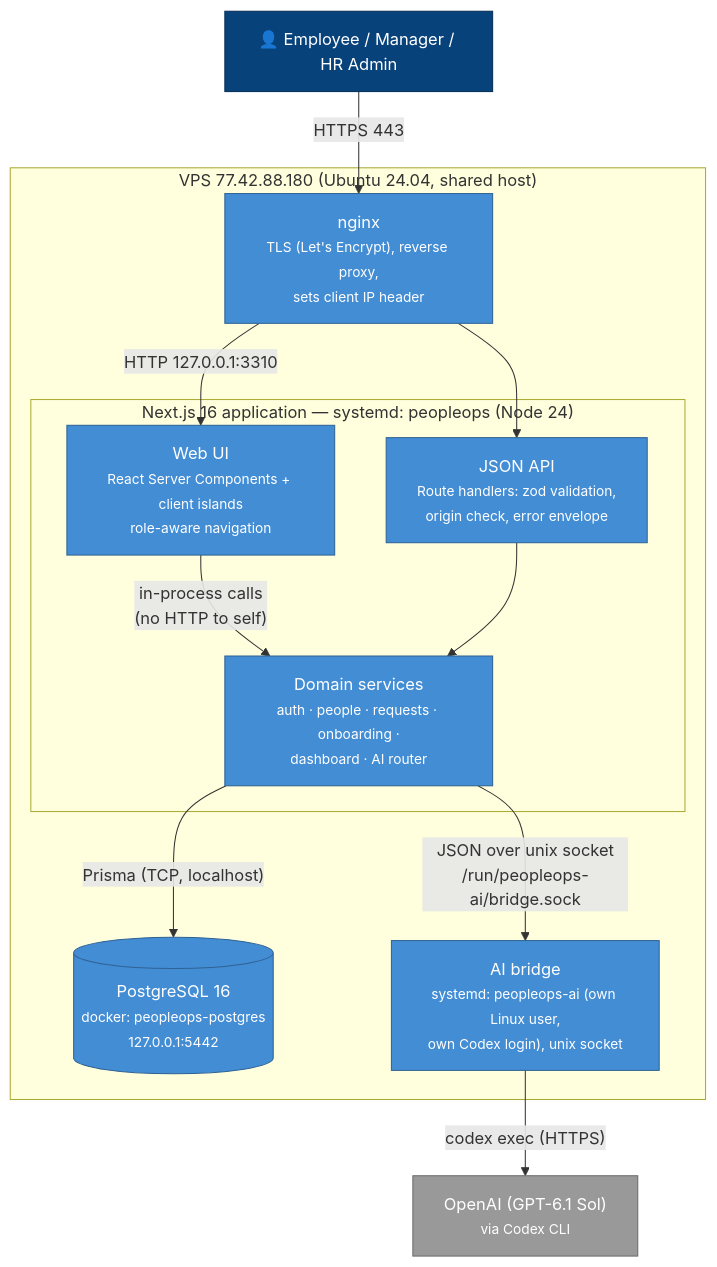
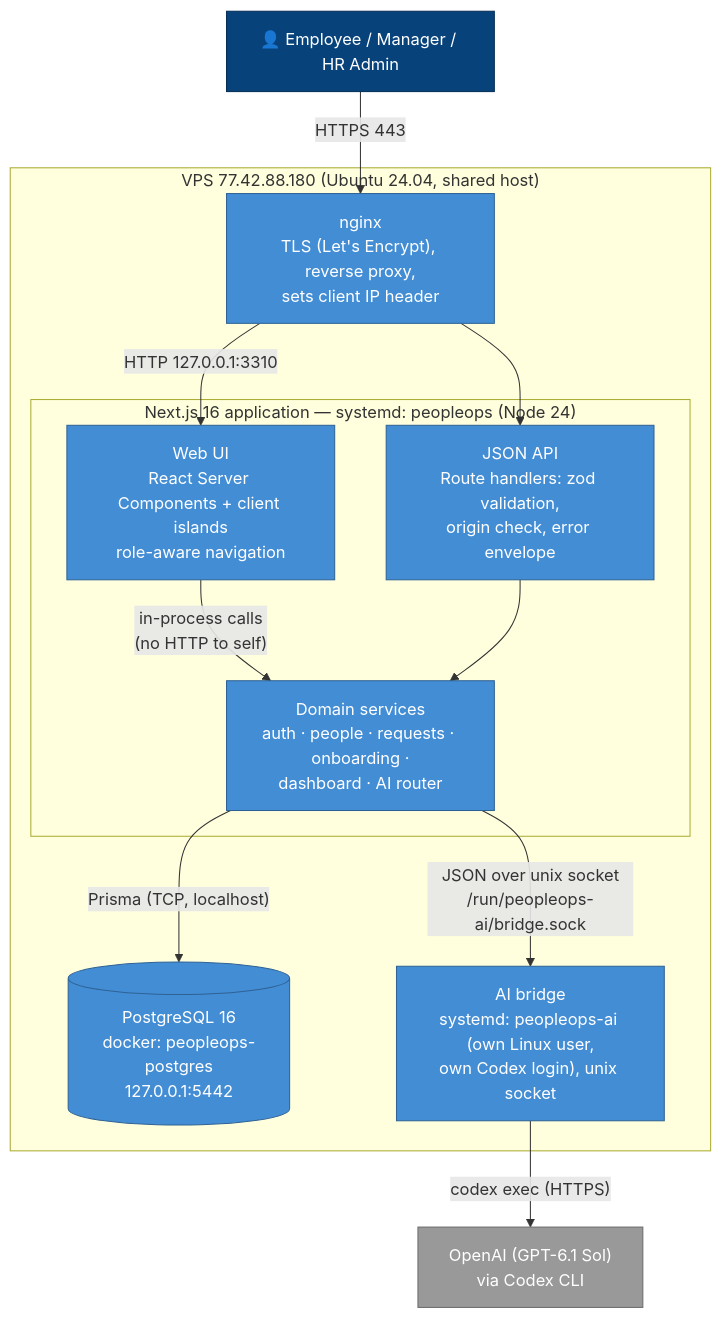
The second of 9 diagrams in ARCHITECTURE.md (randev0/nv-people-operations), drawn with Mermaid before and after one commit. The commit also changed other lines of this file, not shown here.

First line of the commit message:
ARCHITECTURE: drop <small> from Mermaid labels (GitHub sized nodes for small text and clipped the full-size labels)

````diff
--- a/ARCHITECTURE.md
+++ b/ARCHITECTURE.md
@@ -89,30 +89,30 @@
 ```mermaid
 flowchart TB
   classDef person fill:#08427b,stroke:#052e56,color:#fff
   classDef container fill:#438dd5,stroke:#2e6295,color:#fff
   classDef db fill:#438dd5,stroke:#2e6295,color:#fff
   classDef ext fill:#999,stroke:#6b6b6b,color:#fff
 
   user["👤 Employee / Manager / HR Admin"]:::person
 
   subgraph vps["VPS 77.42.88.180 (Ubuntu 24.04, shared host)"]
-    nginx["nginx<br/><small>TLS (Let's Encrypt), reverse proxy,<br/>sets client IP header</small>"]:::container
+    nginx["nginx<br/>TLS (Let's Encrypt), reverse proxy,<br/>sets client IP header"]:::container
     subgraph app["Next.js 16 application — systemd: peopleops (Node 24)"]
-      web["Web UI<br/><small>React Server Components + client islands<br/>role-aware navigation</small>"]:::container
-      api["JSON API<br/><small>Route handlers: zod validation,<br/>origin check, error envelope</small>"]:::container
-      domain["Domain services<br/><small>auth · people · requests · onboarding ·<br/>dashboard · AI router</small>"]:::container
+      web["Web UI<br/>React Server Components + client islands<br/>role-aware navigation"]:::container
+      api["JSON API<br/>Route handlers: zod validation,<br/>origin check, error envelope"]:::container
+      domain["Domain services<br/>auth · people · requests · onboarding ·<br/>dashboard · AI router"]:::container
     end
-    pg[("PostgreSQL 16<br/><small>docker: peopleops-postgres<br/>127.0.0.1:5442</small>")]:::db
-    bridge["AI bridge<br/><small>systemd: peopleops-ai (own Linux user,<br/>own Codex login), unix socket</small>"]:::container
+    pg[("PostgreSQL 16<br/>docker: peopleops-postgres<br/>127.0.0.1:5442")]:::db
+    bridge["AI bridge<br/>systemd: peopleops-ai (own Linux user,<br/>own Codex login), unix socket"]:::container
   end
-  llm["OpenAI (GPT-6.1 Sol)<br/><small>via Codex CLI</small>"]:::ext
+  llm["OpenAI (GPT-6.1 Sol)<br/>via Codex CLI"]:::ext
 
   user -- "HTTPS 443" --> nginx
   nginx -- "HTTP 127.0.0.1:3310" --> web
   nginx --> api
   web -- "in-process calls<br/>(no HTTP to self)" --> domain
   api --> domain
   domain -- "Prisma (TCP, localhost)" --> pg
   domain -- "JSON over unix socket<br/>/run/peopleops-ai/bridge.sock" --> bridge
   bridge -- "codex exec (HTTPS)" --> llm
 ```
````
